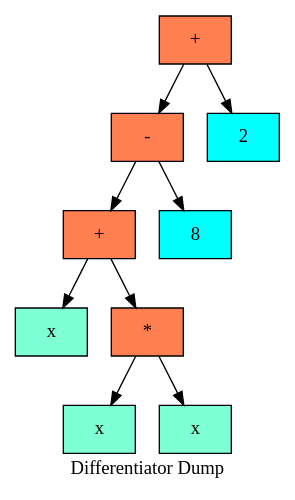
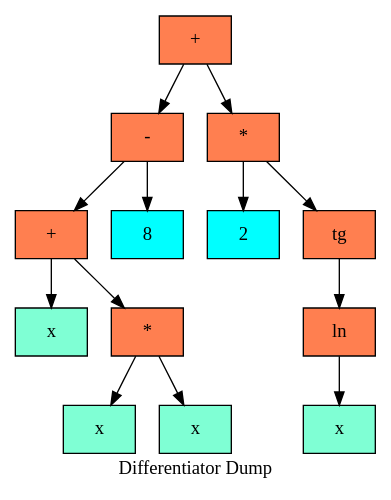
One commit to aidenfmunro/Differentiator changed the diagram in log/dot/treegraph_0.dot. Above: the diagram before and after it, drawn with Graphviz. The commit also changed 2 other files, not shown here.

```diff
--- a/log/dot/treegraph_0.dot
+++ b/log/dot/treegraph_0.dot
@@ -1,23 +1,31 @@
   digraph tree  {
   node[   shape     = "Mrecord",  style     = "filled",  fillcolor = "aqua",  fontcolor = "#000000",  margin    = "0.075"];
   rankdir   = "TB";
 
   label     = "Differentiator Dump";
 "node0" [shape = "record", label = "{+}", fillcolor = "coral"]
 "node1" [shape = "record", label = "{-}", fillcolor = "coral"]
 "node2" [shape = "record", label = "{+}", fillcolor = "coral"]
 "node3" [shape = "record", label = "{x}", fillcolor = "aquamarine"]
 "node2" -> "node3"
 "node4" [shape = "record", label = "{*}", fillcolor = "coral"]
 "node5" [shape = "record", label = "{x}", fillcolor = "aquamarine"]
 "node4" -> "node5"
 "node6" [shape = "record", label = "{x}", fillcolor = "aquamarine"]
 "node4" -> "node6"
 "node2" -> "node4"
 "node1" -> "node2"
 "node7" [shape = "record", label = "{8}", fillcolor = "aqua"]
 "node1" -> "node7"
 "node0" -> "node1"
-"node8" [shape = "record", label = "{2}", fillcolor = "aqua"]
+"node8" [shape = "record", label = "{*}", fillcolor = "coral"]
+"node9" [shape = "record", label = "{2}", fillcolor = "aqua"]
+"node8" -> "node9"
+"node10" [shape = "record", label = "{tg}", fillcolor = "coral"]
+"node11" [shape = "record", label = "{ln}", fillcolor = "coral"]
+"node12" [shape = "record", label = "{x}", fillcolor = "aquamarine"]
+"node11" -> "node12"
+"node10" -> "node11"
+"node8" -> "node10"
 "node0" -> "node8"
   }
```
